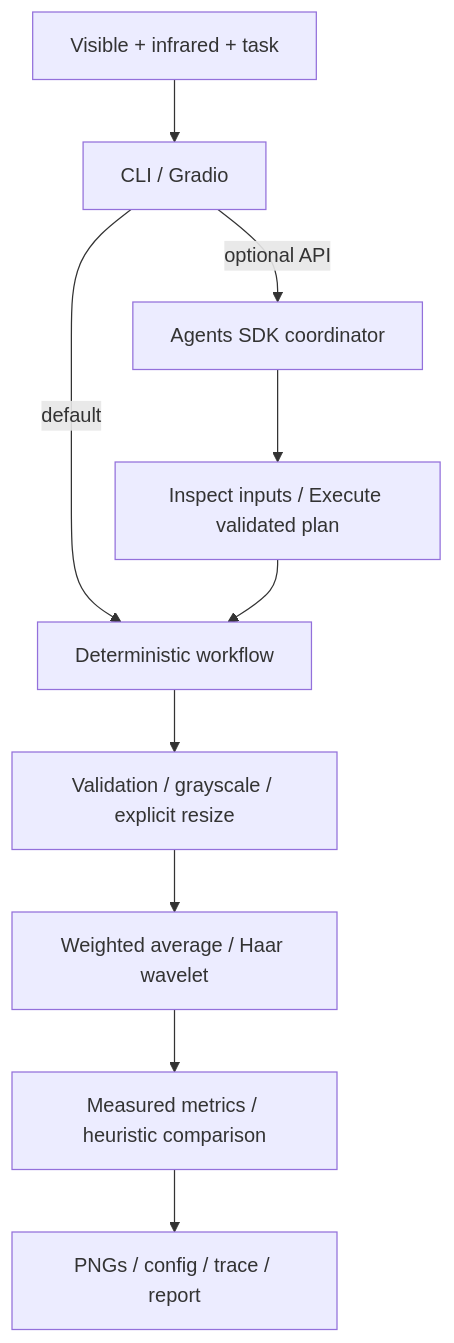
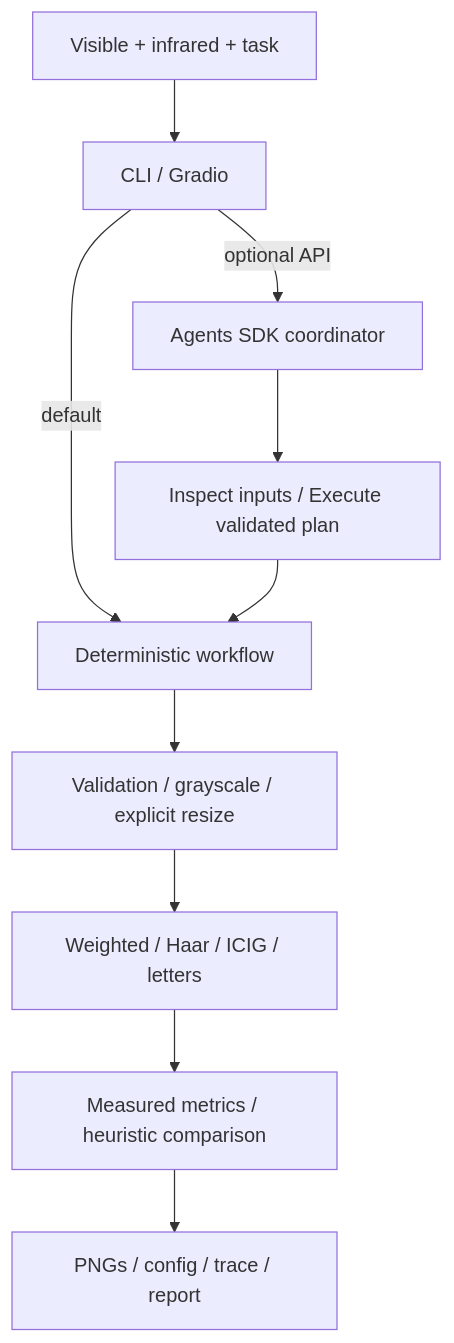
Before and after one commit to hjt991202/fusion-agent: the diagram in README.md, drawn with Mermaid. The commit also changed other lines of this file and 119 other files, not shown here.

Commit message:
Integrate ICIG and letters fusion with 15 Jiandu demonstrations

````diff
--- a/README.md
+++ b/README.md
@@ -37,12 +51,12 @@
 ```mermaid
 flowchart TD
     I[Visible + infrared + task] --> E[CLI / Gradio]
     E -->|default| W[Deterministic workflow]
     E -->|optional API| A[Agents SDK coordinator]
     A --> T[Inspect inputs / Execute validated plan]
     T --> W
     W --> P[Validation / grayscale / explicit resize]
-    P --> F[Weighted average / Haar wavelet]
+    P --> F[Weighted / Haar / ICIG / letters]
     F --> M[Measured metrics / heuristic comparison]
     M --> R[PNGs / config / trace / report]
 ```
````
